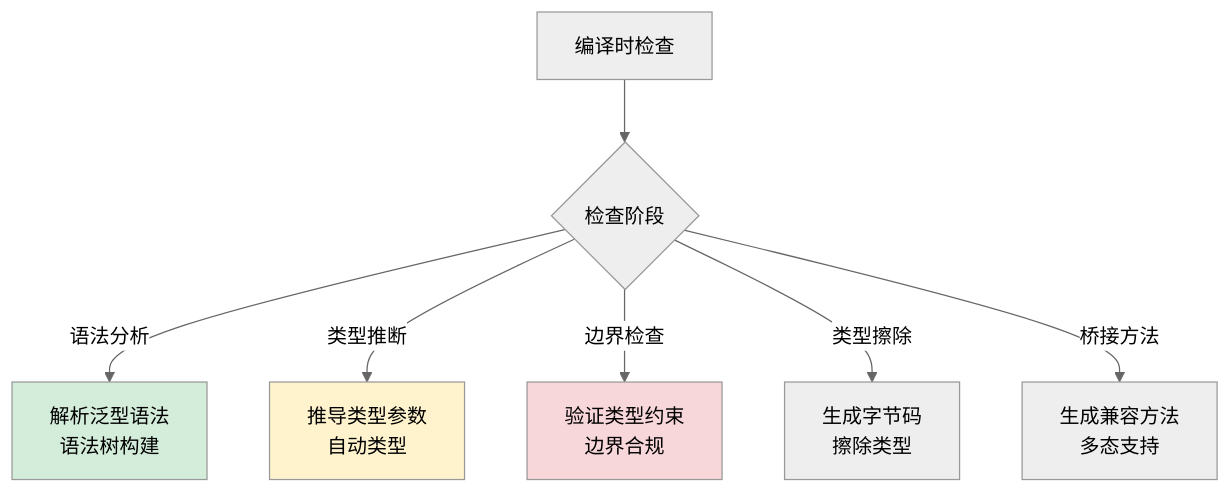
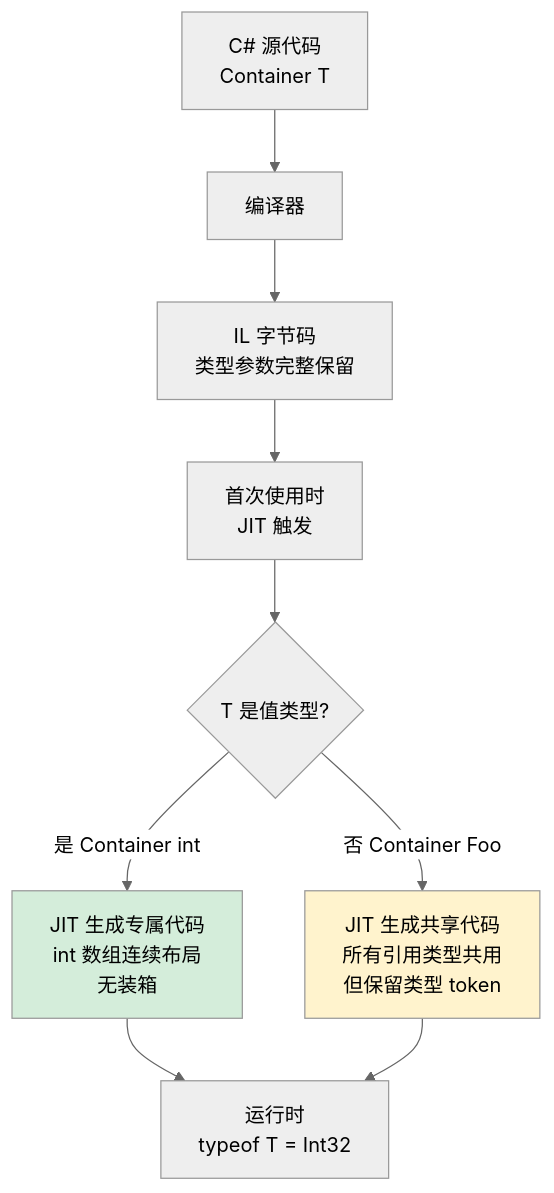
Before and after one commit to chongyang211/YCBookBlog: diagram 15 of 28 in 00.通用技术的提升/02.程序编程原理/04.泛型设计灵魂思想.md, drawn with Mermaid (neutral theme). The commit also changed other lines of this file and 6 other files, not shown here.

````diff
--- a/00.通用技术的提升/02.程序编程原理/04.泛型设计灵魂思想.md
+++ b/00.通用技术的提升/02.程序编程原理/04.泛型设计灵魂思想.md
@@ -867,13 +1240,17 @@
 ```mermaid
-flowchart TD
-    A[编译时检查] --> B{检查阶段}
-    B -->|语法分析| C[解析泛型语法<br/>语法树构建]
-    B -->|类型推断| D[推导类型参数<br/>自动类型]
-    B -->|边界检查| E[验证类型约束<br/>边界合规]
-    B -->|类型擦除| F[生成字节码<br/>擦除类型]
-    B -->|桥接方法| G[生成兼容方法<br/>多态支持]
+flowchart TB
+    A[C# 源代码<br/>Container T ] --> B[编译器]
+    B --> C[IL 字节码<br/>类型参数完整保留]
     
-    style C fill:#d4edda
-    style D fill:#fff3cd
-    style E fill:#f8d7da
+    C --> D[首次使用时<br/>JIT 触发]
+    
+    D --> E{T 是值类型?}
+    E -->|是 Container int | F[JIT 生成专属代码<br/>int 数组连续布局<br/>无装箱]
+    E -->|否 Container Foo | G[JIT 生成共享代码<br/>所有引用类型共用<br/>但保留类型 token]
+    
+    F --> H[运行时<br/>typeof T = Int32]
+    G --> H
+
+    style F fill:#d4edda
+    style G fill:#fff3cd
 ```
````
